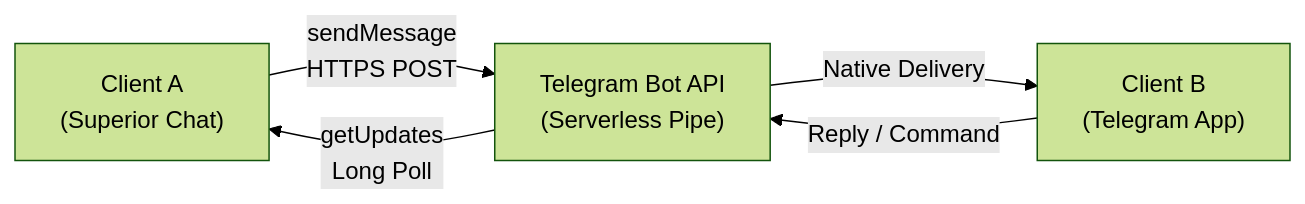
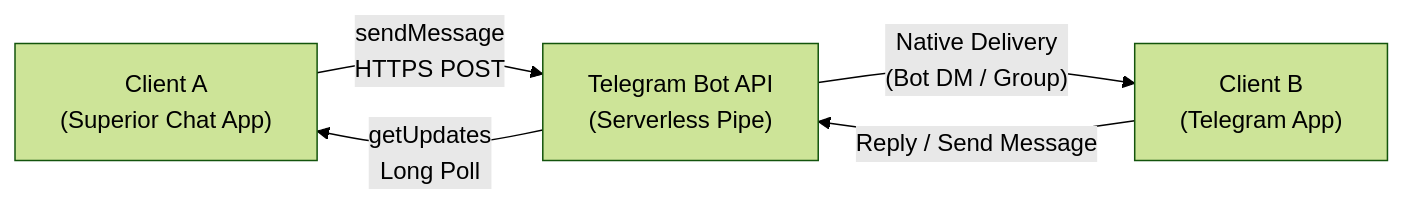
One commit to sandeshsahu/superiorchat changed the first of 6 diagrams in docs/Architecture.md. Above: the diagram before and after it, drawn with Mermaid (forest theme). The commit also changed other lines of this file and 20 other files, not shown here.

First line of the commit message:
Version 1.0.4 Documentation Overhaul, Dual-Mode Setup Guides, and Architecture Realignment

````diff
--- a/docs/Architecture.md
+++ b/docs/Architecture.md
@@ -22,7 +27,7 @@
 ```mermaid
 graph LR
-    A["Client A<br/>(Superior Chat)"] -->|"sendMessage<br/>HTTPS POST"| T["Telegram Bot API<br/>(Serverless Pipe)"]
+    A["Client A<br/>(Superior Chat App)"] -->|"sendMessage<br/>HTTPS POST"| T["Telegram Bot API<br/>(Serverless Pipe)"]
     T -->|"getUpdates<br/>Long Poll"| A
-    T -->|"Native Delivery"| B["Client B<br/>(Telegram App)"]
-    B -->|"Reply / Command"| T
+    T -->|"Native Delivery<br/>(Bot DM / Group)"| B["Client B<br/>(Telegram App)"]
+    B -->|"Reply / Send Message"| T
 ```
````
